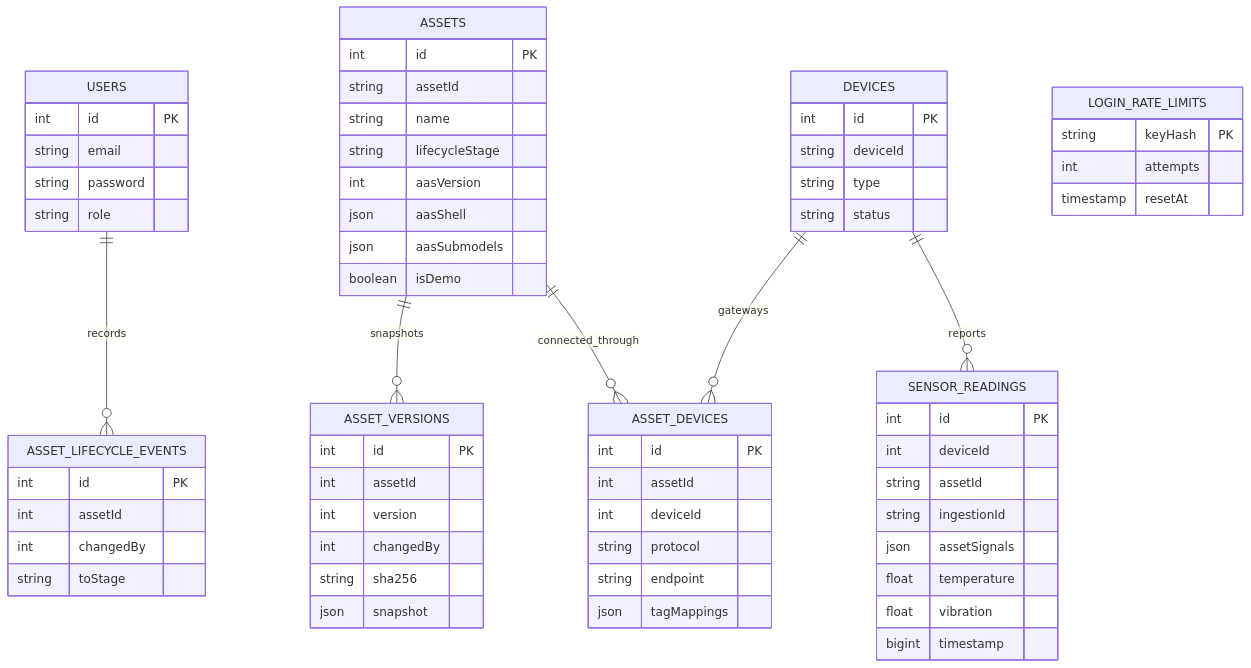
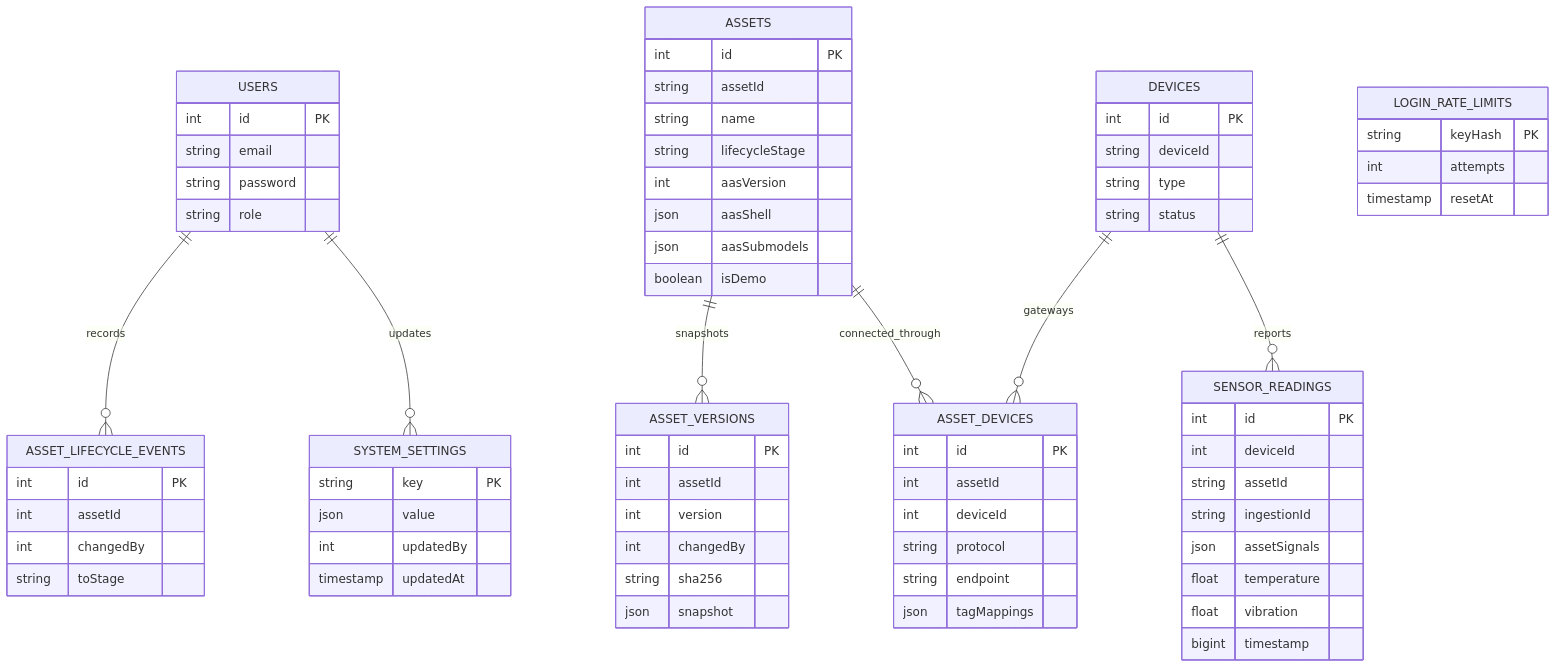
One commit to DruHustle/smart-factory-iot changed the first of 2 diagrams in docs/database-schema.md. Above: the diagram before and after it, drawn with Mermaid. The commit also changed other lines of this file and 27 other files, not shown here.

````diff
--- a/docs/database-schema.md
+++ b/docs/database-schema.md
@@ -5,67 +5,74 @@
 ```mermaid
 erDiagram
   USERS ||--o{ ASSET_LIFECYCLE_EVENTS : records
+  USERS ||--o{ SYSTEM_SETTINGS : updates
   ASSETS ||--o{ ASSET_VERSIONS : snapshots
   ASSETS ||--o{ ASSET_DEVICES : connected_through
   DEVICES ||--o{ ASSET_DEVICES : gateways
   DEVICES ||--o{ SENSOR_READINGS : reports
   USERS {
     int id PK
     string email
     string password
     string role
+  }
+  SYSTEM_SETTINGS {
+    string key PK
+    json value
+    int updatedBy
+    timestamp updatedAt
   }
   ASSETS {
     int id PK
     string assetId
     string name
     string lifecycleStage
     int aasVersion
     json aasShell
     json aasSubmodels
     boolean isDemo
   }
   ASSET_DEVICES {
     int id PK
     int assetId
     int deviceId
     string protocol
     string endpoint
     json tagMappings
   }
   ASSET_LIFECYCLE_EVENTS {
     int id PK
     int assetId
     int changedBy
     string toStage
   }
   ASSET_VERSIONS {
     int id PK
     int assetId
     int version
     int changedBy
     string sha256
     json snapshot
   }
   LOGIN_RATE_LIMITS {
     string keyHash PK
     int attempts
     timestamp resetAt
   }
   DEVICES {
     int id PK
     string deviceId
     string type
     string status
   }
   SENSOR_READINGS {
     int id PK
     int deviceId
     string assetId
     string ingestionId
     json assetSignals
     float temperature
     float vibration
     bigint timestamp
   }
 ```
````
